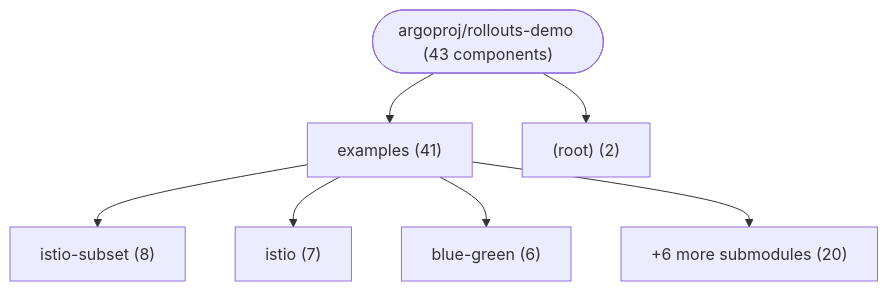
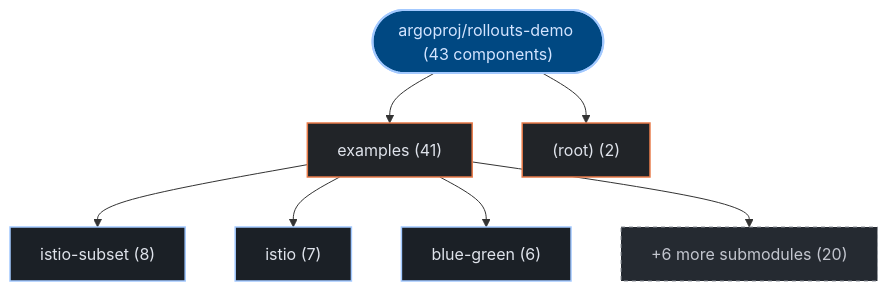
One commit to kumarshaz/atruss-code-atlas changed the first of 3 diagrams in exports/latest/reports/argoproj-rollouts-demo-report.md. Above: the diagram before and after it, drawn with Mermaid. The commit also changed other lines of this file and 331 other files, not shown here.

Commit message:
docs,ui,fix: update SDLC docs, reorder CI/CD DAG first, stylize Mermaid, and fix Arc42 pipeline topology

````diff
--- a/exports/latest/reports/argoproj-rollouts-demo-report.md
+++ b/exports/latest/reports/argoproj-rollouts-demo-report.md
@@ -41,16 +41,23 @@
 ```mermaid
 graph TD;
-    repo_root(["argoproj/rollouts-demo (43 components)"])
-    dir_0_examples["examples (41)"]
+  classDef atlasRoot fill:#004882,stroke:#a3c9ff,stroke-width:2px,color:#d3e4ff
+  classDef atlasCategory fill:#212428,stroke:#E87A48,stroke-width:1.5px,color:#dfe3eb
+  classDef atlasWorkflow fill:#1b2026,stroke:#a3c9ff,stroke-width:1.5px,color:#dfe3eb
+  classDef atlasJob fill:#171c22,stroke:#8d9199,stroke-width:1px,color:#dfe3eb
+  classDef atlasTarget fill:#005227,stroke:#8bd99b,stroke-width:1.5px,color:#a7f6b6
+  classDef atlasAlert fill:#93000a,stroke:#ffb4ab,stroke-width:1.5px,color:#ffdad6
+  classDef atlasMore fill:#252a31,stroke:#8d9199,stroke-dasharray:4 4,color:#c3c6cf
+    repo_root(["argoproj/rollouts-demo (43 components)"]):::atlasRoot
+    dir_0_examples["examples (41)"]:::atlasCategory
     repo_root --> dir_0_examples
-    sub_0_0_istio_subset["istio-subset (8)"]
+    sub_0_0_istio_subset["istio-subset (8)"]:::atlasWorkflow
     dir_0_examples --> sub_0_0_istio_subset
-    sub_0_1_istio["istio (7)"]
+    sub_0_1_istio["istio (7)"]:::atlasWorkflow
     dir_0_examples --> sub_0_1_istio
-    sub_0_2_blue_green["blue-green (6)"]
+    sub_0_2_blue_green["blue-green (6)"]:::atlasWorkflow
     dir_0_examples --> sub_0_2_blue_green
-    sub_0_more["+6 more submodules (20)"]
+    sub_0_more["+6 more submodules (20)"]:::atlasMore
     dir_0_examples --> sub_0_more
-    dir_1__root_["(root) (2)"]
+    dir_1__root_["(root) (2)"]:::atlasCategory
     repo_root --> dir_1__root_
 ```
````
